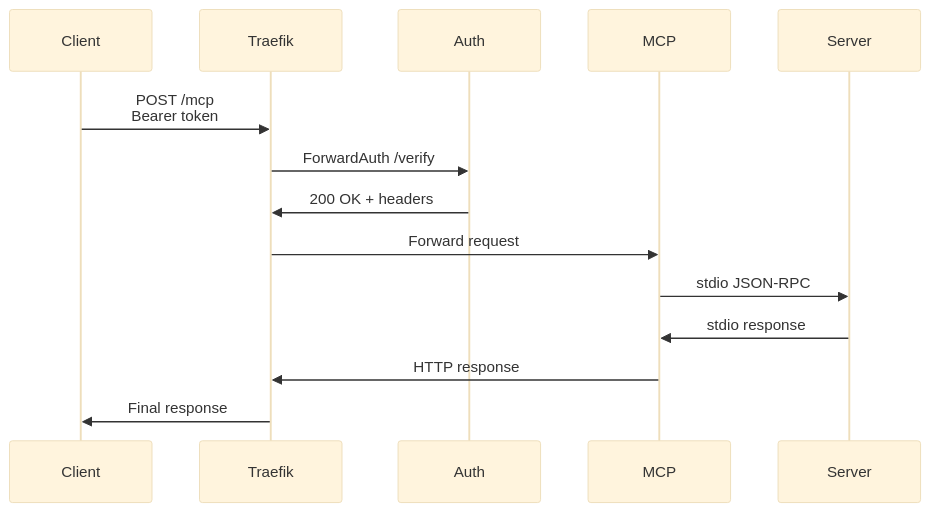
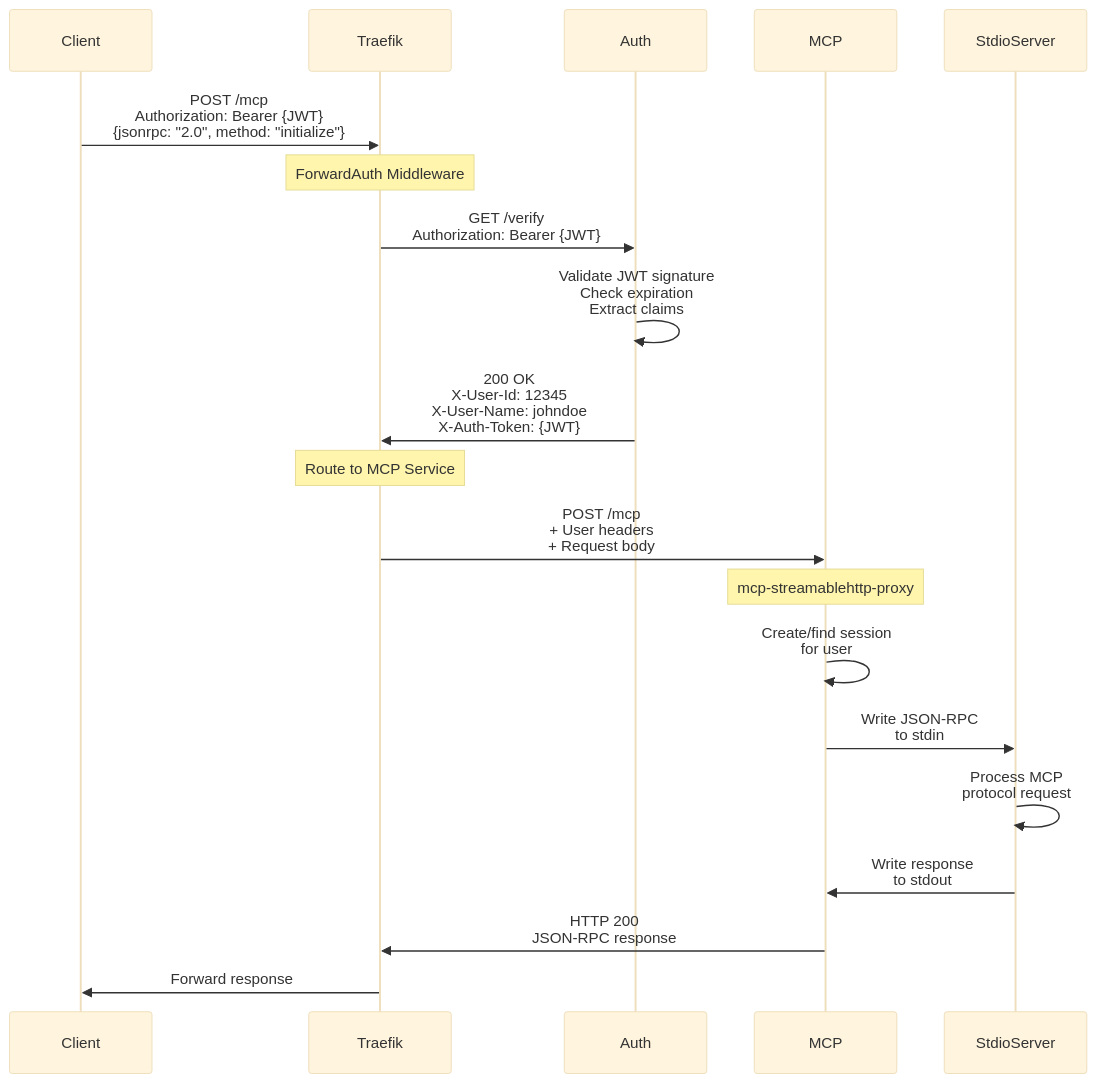
The fifth of 10 diagrams in docs/architecture.md (atrawog/mcp-oauth-gateway), drawn with Mermaid (base theme) before and after one commit. The commit also changed other lines of this file and 3 other files, not shown here.

First line of the commit message:
Enhance Documentation for MCP OAuth Gateway Architecture and OAuth Flow

````diff
--- a/docs/architecture.md
+++ b/docs/architecture.md
@@ -132,17 +289,26 @@
 ```{mermaid}
 sequenceDiagram
     participant Client
     participant Traefik
     participant Auth
     participant MCP
-    participant Server
+    participant StdioServer
     
-    Client->>Traefik: POST /mcp<br/>Bearer token
-    Traefik->>Auth: ForwardAuth /verify
-    Auth->>Traefik: 200 OK + headers
-    Traefik->>MCP: Forward request
-    MCP->>Server: stdio JSON-RPC
-    Server->>MCP: stdio response
-    MCP->>Traefik: HTTP response
-    Traefik->>Client: Final response
+    Client->>Traefik: POST /mcp<br/>Authorization: Bearer {JWT}<br/>{jsonrpc: "2.0", method: "initialize"}
+    
+    Note over Traefik: ForwardAuth Middleware
+    Traefik->>Auth: GET /verify<br/>Authorization: Bearer {JWT}
+    Auth->>Auth: Validate JWT signature<br/>Check expiration<br/>Extract claims
+    Auth->>Traefik: 200 OK<br/>X-User-Id: 12345<br/>X-User-Name: johndoe<br/>X-Auth-Token: {JWT}
+    
+    Note over Traefik: Route to MCP Service
+    Traefik->>MCP: POST /mcp<br/>+ User headers<br/>+ Request body
+    
+    Note over MCP: mcp-streamablehttp-proxy
+    MCP->>MCP: Create/find session<br/>for user
+    MCP->>StdioServer: Write JSON-RPC<br/>to stdin
+    StdioServer->>StdioServer: Process MCP<br/>protocol request
+    StdioServer->>MCP: Write response<br/>to stdout
+    MCP->>Traefik: HTTP 200<br/>JSON-RPC response
+    Traefik->>Client: Forward response
 ```
````
